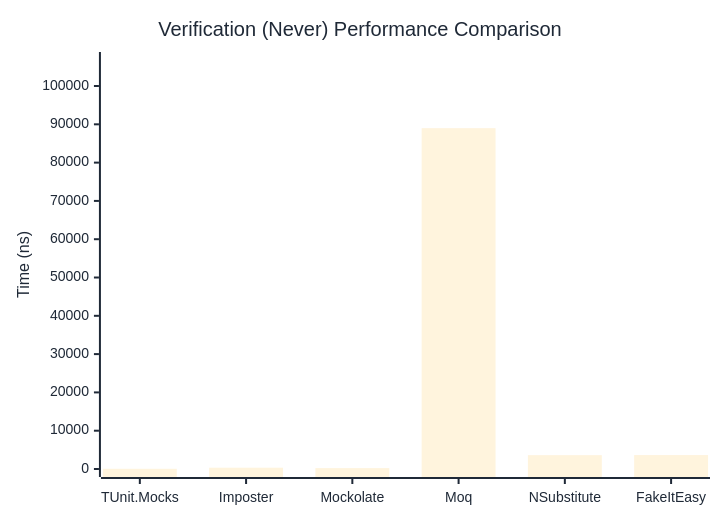
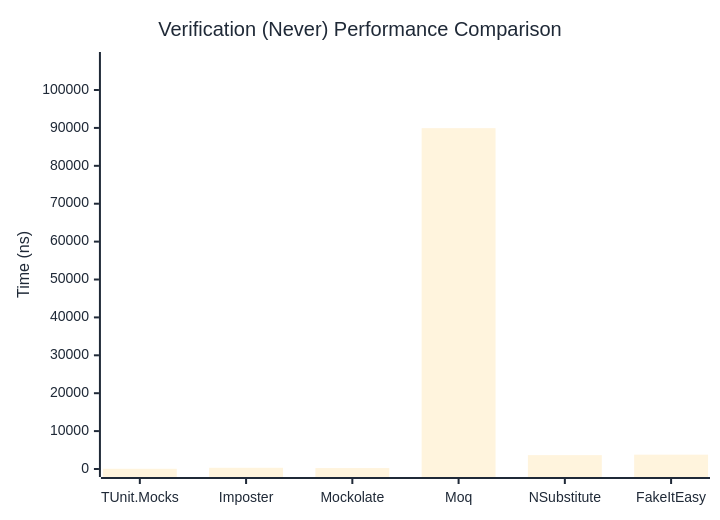
The second of 3 diagrams in docs/docs/benchmarks/mocks/Verification.md (thomhurst/TUnit), drawn with Mermaid before and after one commit. The commit also changed other lines of this file and 14 other files, not shown here.

````diff
--- a/docs/docs/benchmarks/mocks/Verification.md
+++ b/docs/docs/benchmarks/mocks/Verification.md
@@ -71,27 +71,27 @@
 ```mermaid
 %%{init: {
   'theme':'base',
   'themeVariables': {
     'primaryColor': '#2563eb',
     'primaryTextColor': '#1f2937',
     'primaryBorderColor': '#1e40af',
     'lineColor': '#6b7280',
     'secondaryColor': '#7c3aed',
     'tertiaryColor': '#dc2626',
     'background': '#ffffff',
     'pie1': '#2563eb',
     'pie2': '#7c3aed',
     'pie3': '#dc2626',
     'pie4': '#f59e0b',
     'pie5': '#10b981',
     'pie6': '#06b6d4',
     'pie7': '#ec4899',
     'pie8': '#6366f1'
   }
 }}%%
 xychart-beta
   title "Verification (Never) Performance Comparison"
   x-axis ["TUnit.Mocks", "Imposter", "Mockolate", "Moq", "NSubstitute", "FakeItEasy"]
-  y-axis "Time (ns)" 0 --> 106795
-  bar [54.97, 336.95, 237.05, 88995.44, 3611.83, 3633.38]
+  y-axis "Time (ns)" 0 --> 107922
+  bar [54.82, 319.92, 243.04, 89934.97, 3657.29, 3783.16]
 ```
````
